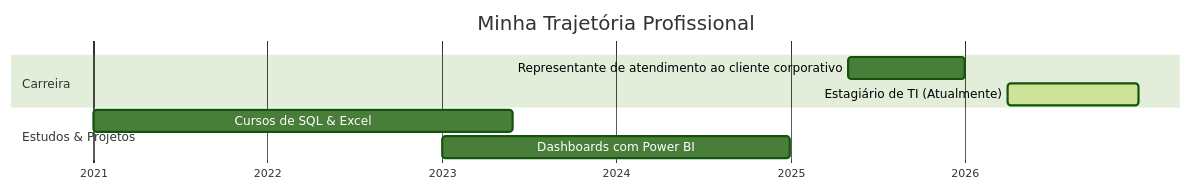
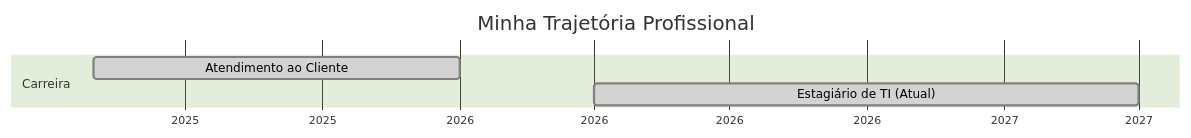
The diagram in README.md (tisoares2001-lab/tisoares2001-lab), drawn with Mermaid (forest theme) before and after one commit. The commit also changed other lines of this file, not shown here.

Commit message:
Refactor README with updated job titles and badges
Removed duplicate technology badges and updated job titles in the timeline.

````diff
--- a/README.md
+++ b/README.md
@@ -18,14 +18,12 @@
 ```mermaid
 gantt
     title Minha Trajetória Profissional
     dateFormat  YYYY-MM-DD
     axisFormat  %Y
 
     section Carreira
-    Representante de atendimento ao cliente corporativo    :a1, 2025-05-01, 2026-01-01
-    Estagiário de TI (Atualmente)  :active, b3, 2026-04-01, 2026-12-31
+    Atendimento ao Cliente       :done, a1, 2025-05-01, 2026-01-01
+    Estagiário de TI (Atual) :done, a2, 2026-04-01, 2027-04-01
 
-    section Estudos & Projetos
-    Cursos de SQL & Excel          :b1, 2021-01-01, 2023-05-30
-    Dashboards com Power BI        :b2, 2023-01-01, 2024-12-31
+
 ```
````
